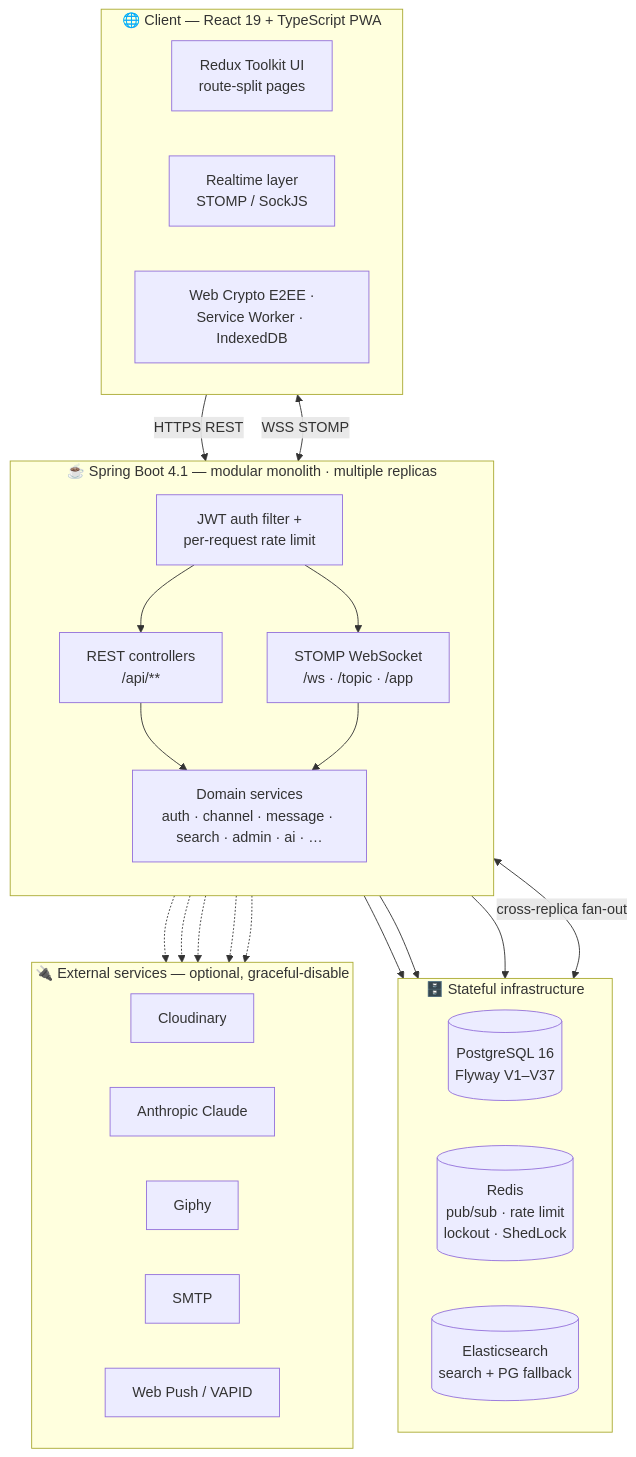
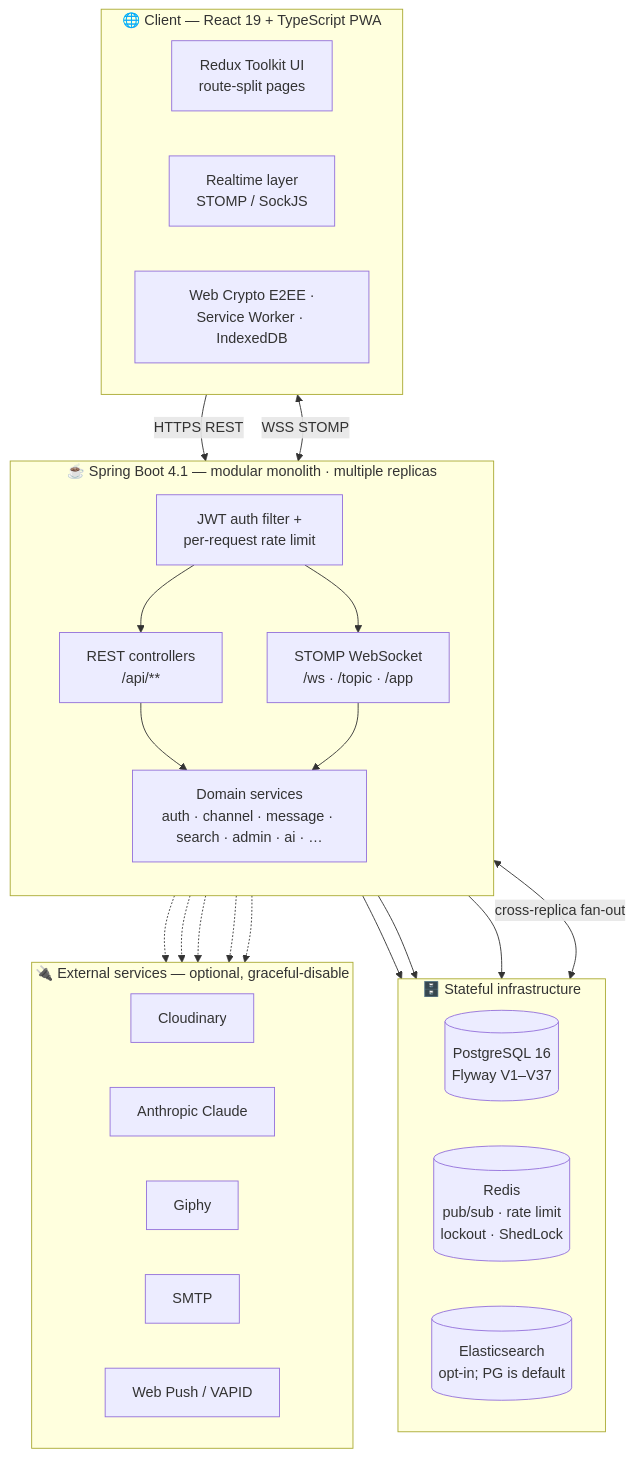
Before and after one commit to YusufKosarDev/ripplechat: the diagram in README.md, drawn with Mermaid. The commit also changed other lines of this file and 112 other files, not shown here.

````diff
--- a/README.md
+++ b/README.md
@@ -253,43 +259,43 @@
 ```mermaid
 flowchart TB
     subgraph Client["🌐 Client — React 19 + TypeScript PWA"]
         direction LR
         UI["Redux Toolkit UI<br/>route-split pages"]
         RT["Realtime layer<br/>STOMP / SockJS"]
         SEC["Web Crypto E2EE ·<br/>Service Worker · IndexedDB"]
     end
 
     subgraph Backend["☕ Spring Boot 4.1 — modular monolith · multiple replicas"]
         direction TB
         JWT["JWT auth filter +<br/>per-request rate limit"]
         REST["REST controllers<br/>/api/**"]
         WS["STOMP WebSocket<br/>/ws · /topic · /app"]
         SVC["Domain services<br/>auth · channel · message · search · admin · ai · …"]
         JWT --> REST --> SVC
         JWT --> WS --> SVC
     end
 
     subgraph Data["🗄️ Stateful infrastructure"]
         direction LR
         PG[("PostgreSQL 16<br/>Flyway V1–V37")]
         RD[("Redis<br/>pub/sub · rate limit<br/>lockout · ShedLock")]
-        ES[("Elasticsearch<br/>search + PG fallback")]
+        ES[("Elasticsearch<br/>opt-in; PG is default")]
     end
 
     subgraph Ext["🔌 External services — optional, graceful-disable"]
         direction LR
         CL["Cloudinary"]
         AN["Anthropic Claude"]
         GF["Giphy"]
         SM["SMTP"]
         VP["Web Push / VAPID"]
     end
 
     UI -->|HTTPS REST| REST
     RT <-->|WSS STOMP| WS
     SVC --> PG
     SVC --> ES
     SVC --> RD
     WS <-->|cross-replica fan-out| RD
     SVC -.-> CL & AN & GF & SM & VP
 ```
````
